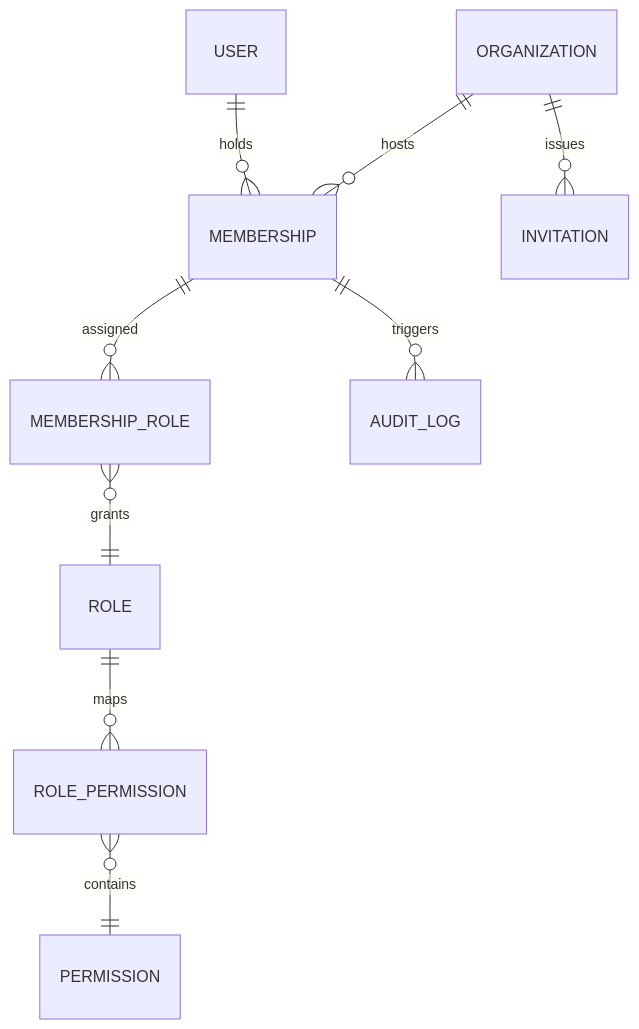
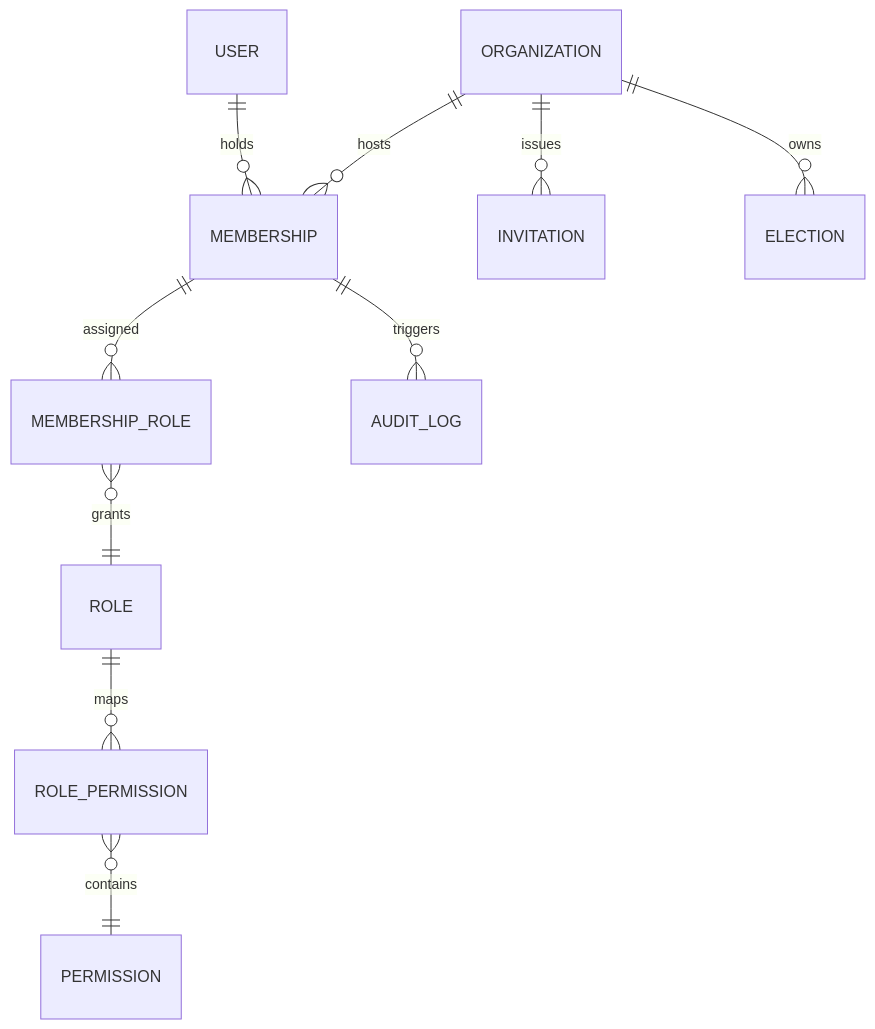
Before and after one commit to SevenCandid/OmniVote: the second of 3 diagrams in docs/architecture/veroseven-platform-architecture-book.md, drawn with Mermaid. The commit also changed other lines of this file and 23 other files, not shown here.

````diff
--- a/docs/architecture/veroseven-platform-architecture-book.md
+++ b/docs/architecture/veroseven-platform-architecture-book.md
@@ -155,11 +155,12 @@
 ```mermaid
 erDiagram
     USER ||--o{ MEMBERSHIP : "holds"
     ORGANIZATION ||--o{ MEMBERSHIP : "hosts"
     ORGANIZATION ||--o{ INVITATION : "issues"
+    ORGANIZATION ||--o{ ELECTION : "owns"
     MEMBERSHIP ||--o{ MEMBERSHIP_ROLE : "assigned"
     MEMBERSHIP_ROLE }o--|| ROLE : "grants"
     ROLE ||--o{ ROLE_PERMISSION : "maps"
     ROLE_PERMISSION }o--|| PERMISSION : "contains"
     MEMBERSHIP ||--o{ AUDIT_LOG : "triggers"
 ```
````
